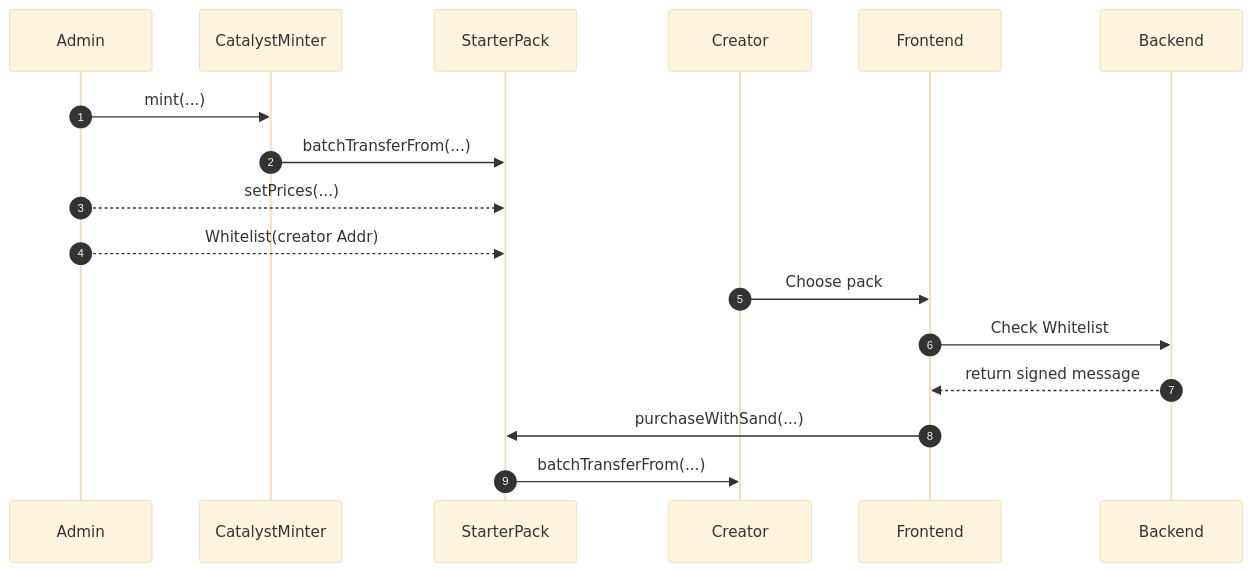
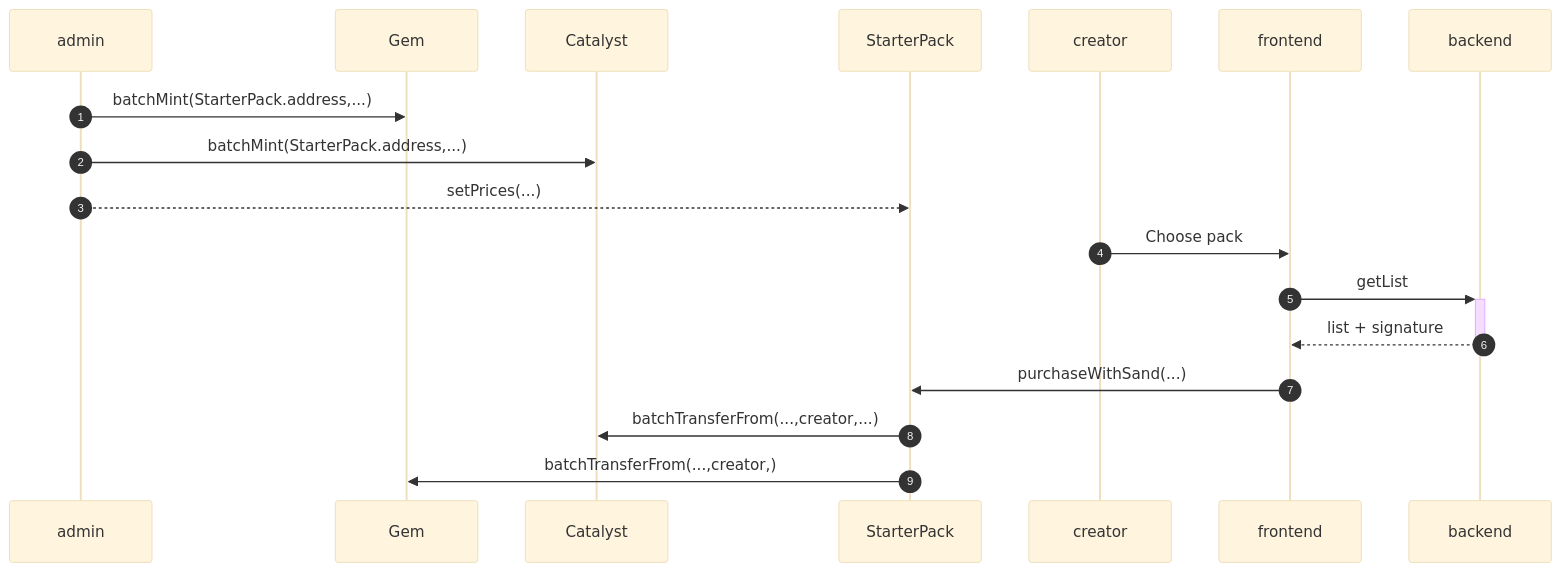
One commit to thesandboxgame/sandbox-smart-contracts changed the diagram in documentation/diagrams/starterPack_flow.mmd. Above: the diagram before and after it, drawn with Mermaid (base theme).

Commit message:
Update flow diagram for starterpack purchase

```diff
--- a/documentation/diagrams/starterPack_flow.mmd
+++ b/documentation/diagrams/starterPack_flow.mmd
@@ -1,11 +1,11 @@
 sequenceDiagram
   autonumber
-  Admin->>CatalystMinter: mint(...)
-  CatalystMinter->>StarterPack: batchTransferFrom(...)
-  Admin-->>StarterPack: setPrices(...)
-  Admin-->>StarterPack: Whitelist(creator Addr)
-  Creator->>Frontend: Choose pack
-  Frontend->>Backend: Check Whitelist
-  Backend-->>Frontend: return signed message
-  Frontend->>StarterPack: purchaseWithSand(...)
-  StarterPack->>Creator: batchTransferFrom(...)
+  admin->>Gem: batchMint(StarterPack.address,...)
+  admin->>Catalyst: batchMint(StarterPack.address,...)
+  admin-->>StarterPack: setPrices(...)
+  creator->>frontend: Choose pack
+  frontend->>+backend: getList
+  backend-->>-frontend: list + signature
+  frontend->>StarterPack: purchaseWithSand(...)
+  StarterPack->>Catalyst: batchTransferFrom(...,creator,...)
+  StarterPack->>Gem: batchTransferFrom(...,creator,)
```
